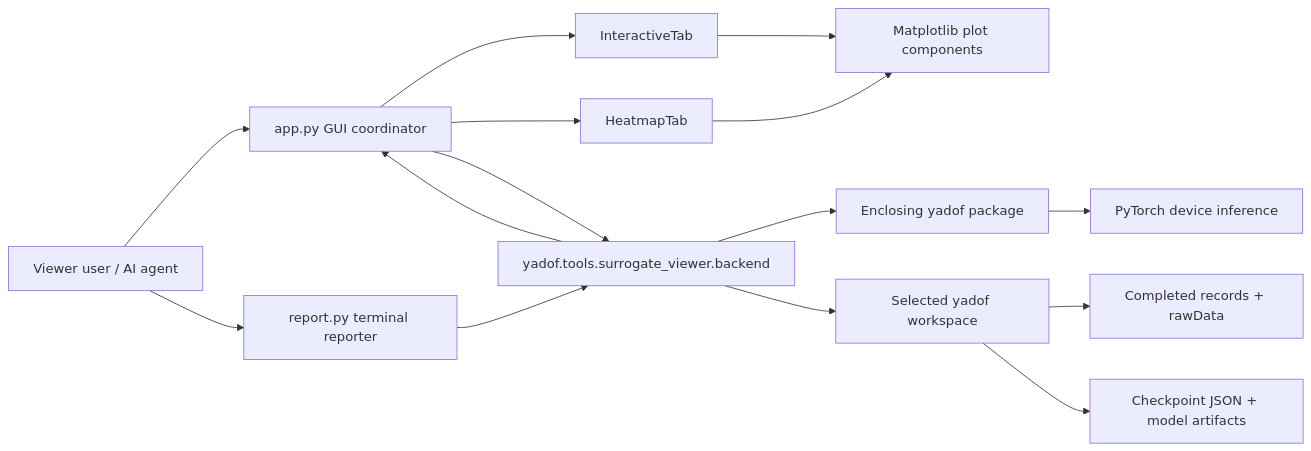
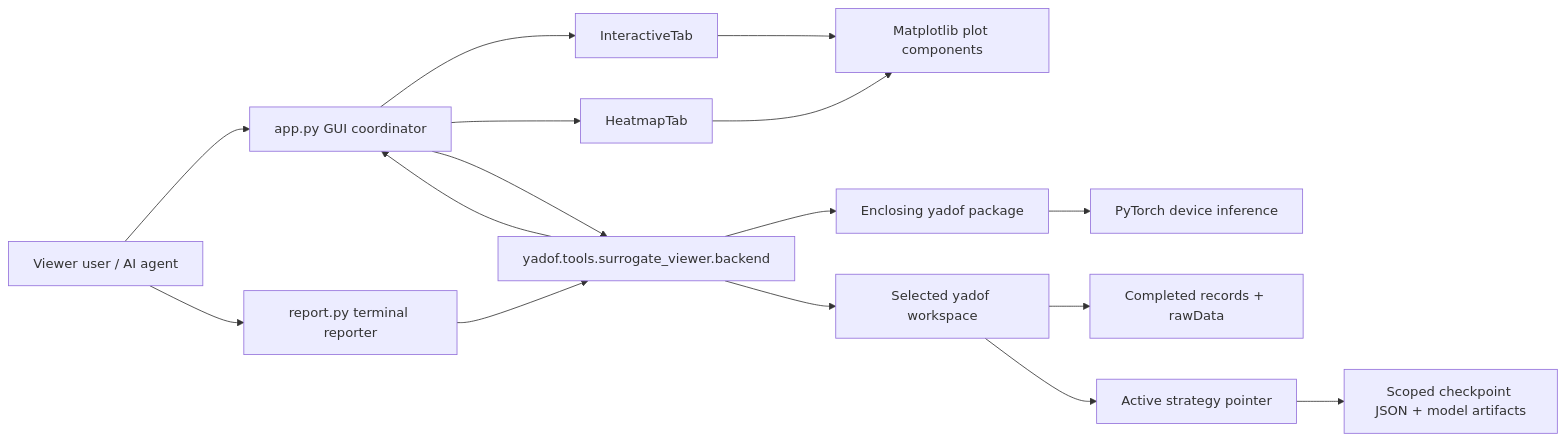
Before and after one commit to YS-Pan/yadof: the diagram in src/yadof/tools/surrogate_viewer/dev_doc/architecture/c4_container.md, drawn with Mermaid. The commit also changed other lines of this file and 100 other files, not shown here.

````diff
--- a/src/yadof/tools/surrogate_viewer/dev_doc/architecture/c4_container.md
+++ b/src/yadof/tools/surrogate_viewer/dev_doc/architecture/c4_container.md
@@ -3,17 +3,18 @@
 ```mermaid
 flowchart LR
     User["Viewer user / AI agent"] --> App["app.py GUI coordinator"]
     User --> Report["report.py terminal reporter"]
     App --> Interactive["InteractiveTab"]
     App --> Heatmap["HeatmapTab"]
     Interactive --> Plots["Matplotlib plot components"]
     Heatmap --> Plots
     App --> Backend["yadof.tools.surrogate_viewer.backend"]
     Report --> Backend
     Backend --> Yadof["Enclosing yadof package"]
     Backend --> Workspace["Selected yadof workspace"]
     Workspace --> Records["Completed records + rawData"]
-    Workspace --> Checkpoints["Checkpoint JSON + model artifacts"]
+    Workspace --> Strategy["Active strategy pointer"]
+    Strategy --> Checkpoints["Scoped checkpoint JSON + model artifacts"]
     Yadof --> Torch["PyTorch device inference"]
     Backend --> App
 ```
````
